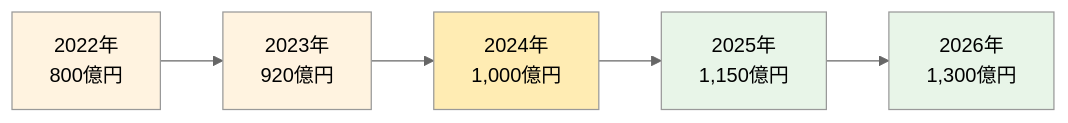
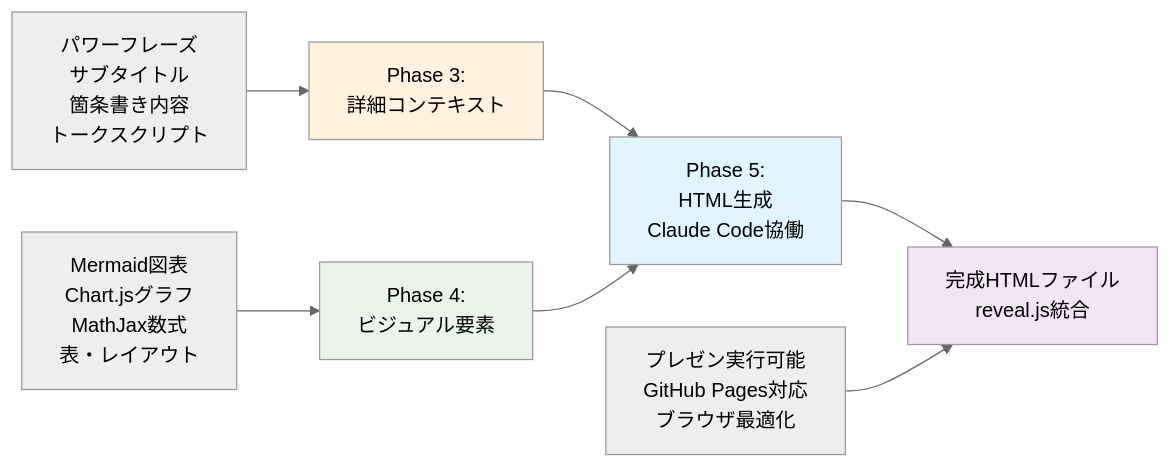
Before and after one commit to nahisaho/PresenX: diagram 12 of 12 in 06-implementation-methodology.md, drawn with Mermaid (neutral theme). The commit also changed other lines of this file, not shown here.

````diff
--- a/06-implementation-methodology.md
+++ b/06-implementation-methodology.md
@@ -1946,13 +2704,15 @@
 ```mermaid
 graph LR
-    A[2022年<br/>800億円] --> B[2023年<br/>920億円]
-    B --> C[2024年<br/>1,000億円]
-    C --> D[2025年<br/>1,150億円]
-    D --> E[2026年<br/>1,300億円]
+    A[Phase 3:<br/>詳細コンテキスト] --> C[Phase 5:<br/>HTML生成<br/>Claude Code協働]
+    B[Phase 4:<br/>ビジュアル要素] --> C
+    C --> D[完成HTMLファイル<br/>reveal.js統合]
+    
+    A1[パワーフレーズ<br/>サブタイトル<br/>箇条書き内容<br/>トークスクリプト] --> A
+    B1[Mermaid図表<br/>Chart.jsグラフ<br/>MathJax数式<br/>表・レイアウト] --> B
+    D1[プレゼン実行可能<br/>GitHub Pages対応<br/>ブラウザ最適化] --> D
     
     style A fill:#fff3e0
-    style B fill:#fff3e0
-    style C fill:#ffecb3
-    style D fill:#e8f5e8
-    style E fill:#e8f5e8
+    style B fill:#e8f5e8  
+    style C fill:#e1f5fe
+    style D fill:#f3e5f5
 ```
````
